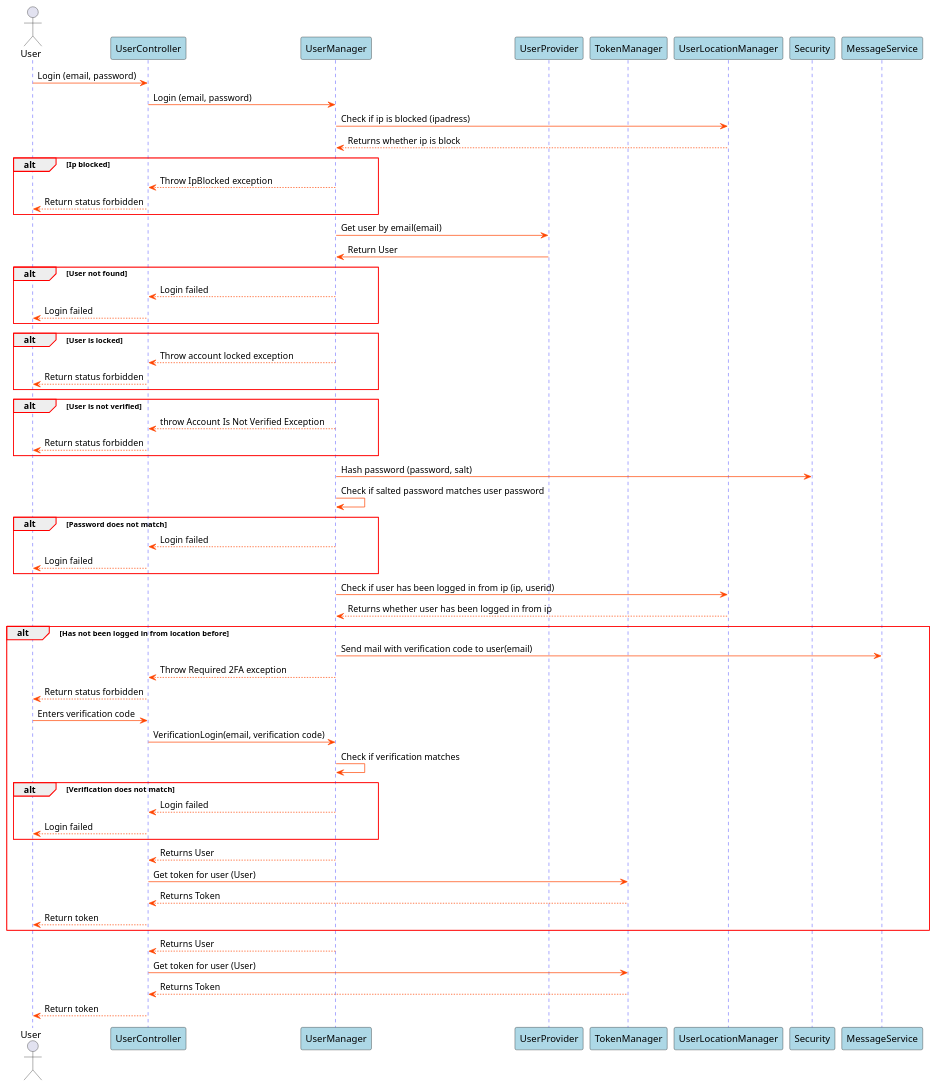
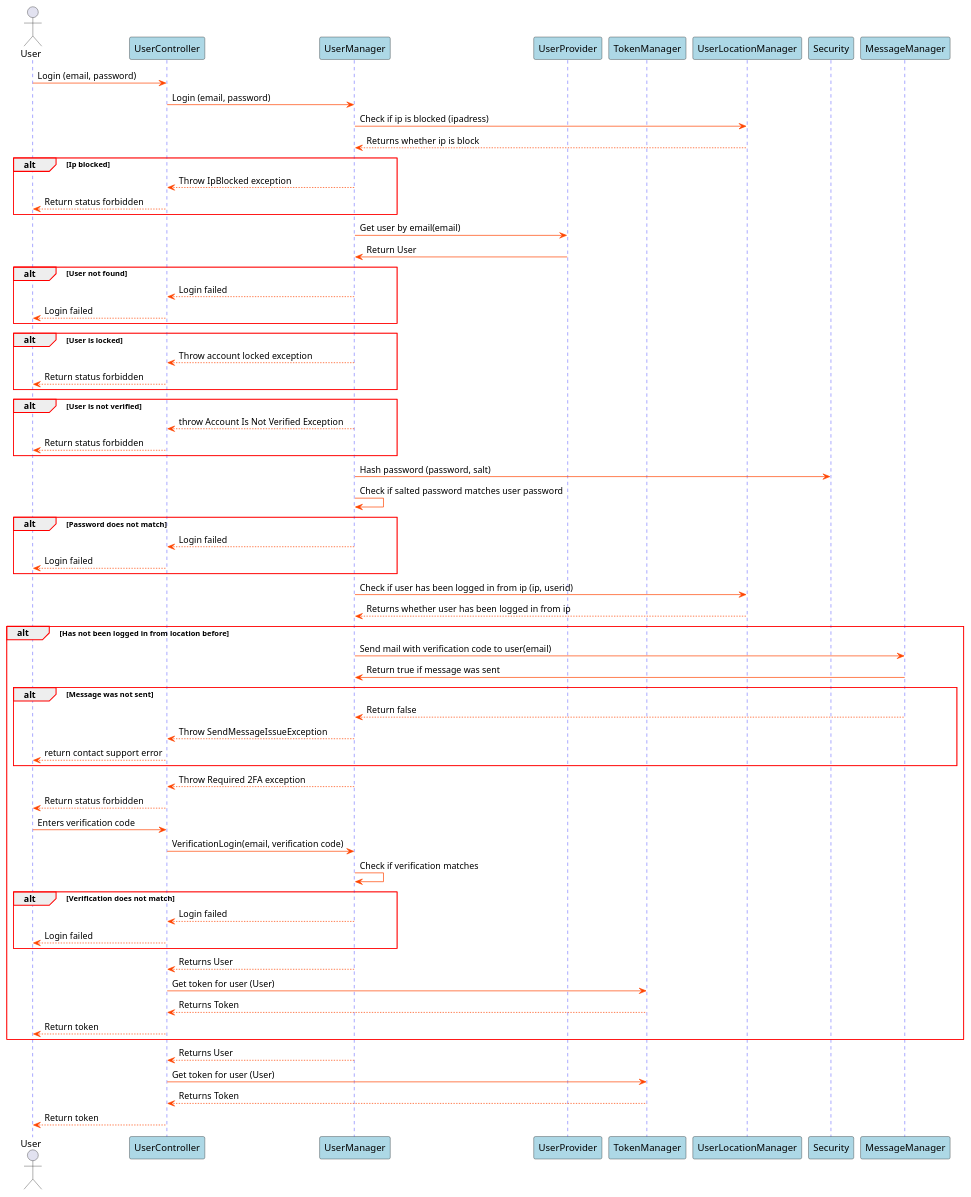
One commit to blackout1471/trust-us-school changed the diagram in Docs/SDDiagrams/LoginSD.plantuml. Above: the diagram before and after it, drawn with PlantUML. The commit also changed 5 other files, not shown here.

Commit message:
Added diagrams and unit tests for messagemanager

```diff
--- a/Docs/SDDiagrams/LoginSD.plantuml
+++ b/Docs/SDDiagrams/LoginSD.plantuml
@@ -1,97 +1,103 @@
 @startuml Login SD
 
 skinparam sequence {
     GroupBorderColor red
     GroupBorderThickness 1
 
     ArrowColor orangered
 
     LifeLineBorderColor blue
 
     ParticipantBackgroundColor lightblue
 }
 
 actor User
 participant UserController
 participant UserManager
 participant UserProvider
 participant TokenManager
 participant UserLocationManager
 participant Security
 
 User->UserController: Login (email, password)
 UserController->UserManager: Login (email, password)
 UserManager->UserLocationManager: Check if ip is blocked (ipadress)
 UserLocationManager-->UserManager: Returns whether ip is block
 
 alt Ip blocked
 UserManager-->UserController: Throw IpBlocked exception
 UserController-->User: Return status forbidden
 end
 
 UserManager->UserProvider: Get user by email(email)
 UserProvider->UserManager: Return User
 
 
 alt User not found
 
 UserManager-->UserController: Login failed
 UserController-->User: Login failed
 
 end
 
 alt User is locked
 
 UserManager-->UserController: Throw account locked exception
 UserController-->User: Return status forbidden
 
 end
 
 alt User is not verified
 
 UserManager-->UserController: throw Account Is Not Verified Exception
 UserController-->User: Return status forbidden
 
 end
 
 UserManager->Security: Hash password (password, salt)
 UserManager->UserManager: Check if salted password matches user password
 
 alt Password does not match
 
 UserManager-->UserController: Login failed
 UserController-->User: Login failed
 
 end
 
 
 UserManager->UserLocationManager: Check if user has been logged in from ip (ip, userid)
 UserLocationManager-->UserManager: Returns whether user has been logged in from ip
 
 alt Has not been logged in from location before
 
-UserManager->MessageService: Send mail with verification code to user(email)
+UserManager->MessageManager: Send mail with verification code to user(email)
+MessageManager->UserManager: Return true if message was sent
+alt Message was not sent
+MessageManager-->UserManager: Return false
+UserManager --> UserController: Throw SendMessageIssueException
+UserController --> User: return contact support error
+end
 UserManager-->UserController: Throw Required 2FA exception
 UserController-->User: Return status forbidden
 User->UserController: Enters verification code
 UserController->UserManager: VerificationLogin(email, verification code)
 UserManager->UserManager: Check if verification matches
 alt Verification does not match
 
 UserManager-->UserController: Login failed
 UserController-->User: Login failed
 
 end
 UserManager-->UserController: Returns User
 UserController->TokenManager: Get token for user (User)
 TokenManager-->UserController: Returns Token
 UserController-->User: Return token
 end
 
 UserManager-->UserController: Returns User
 UserController->TokenManager: Get token for user (User)
 TokenManager-->UserController: Returns Token
 
 UserController-->User: Return token
 
 @enduml
```
